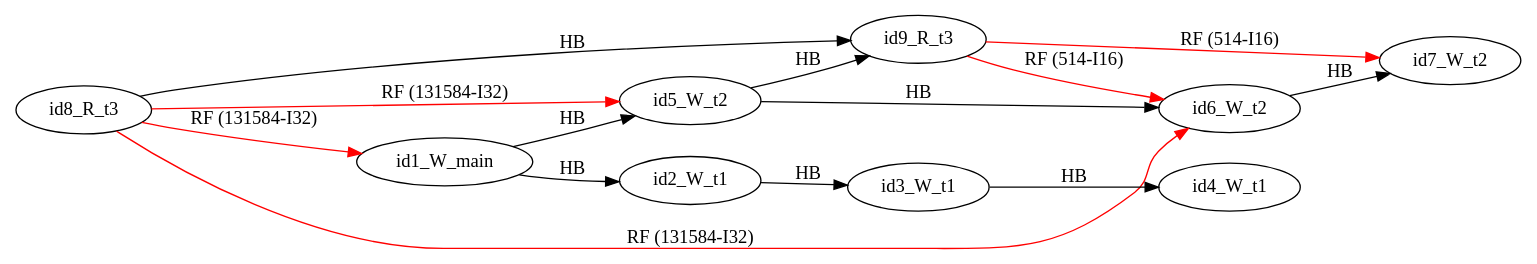
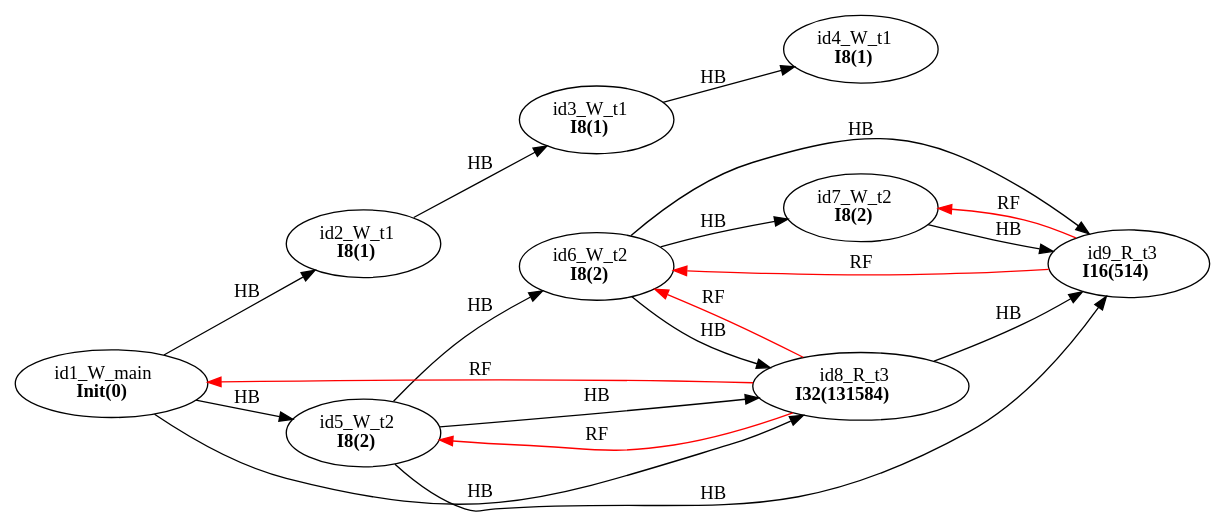
The diagram in examples/single_var/sv_simple19/mm49.dot (FMJS/EMME), drawn with Graphviz before and after one commit. The commit also changed 242 other files, not shown here.

```diff
--- a/examples/single_var/sv_simple19/mm49.dot
+++ b/examples/single_var/sv_simple19/mm49.dot
@@ -1,26 +1,31 @@
 digraph memory_model {
 rankdir=LR;
 splines=true; esep=0.5;
-id8_R_t3 -> id1_W_main [label = "RF (131584-I32)", color="red"];
-id8_R_t3 -> id5_W_t2 [label = "RF (131584-I32)", color="red"];
-id8_R_t3 -> id6_W_t2 [label = "RF (131584-I32)", color="red"];
-id9_R_t3 -> id6_W_t2 [label = "RF (514-I16)", color="red"];
-id9_R_t3 -> id7_W_t2 [label = "RF (514-I16)", color="red"];
 id2_W_t1 -> id3_W_t1 [label = "HB", color="black"];
 id3_W_t1 -> id4_W_t1 [label = "HB", color="black"];
 id5_W_t2 -> id6_W_t2 [label = "HB", color="black"];
 id6_W_t2 -> id7_W_t2 [label = "HB", color="black"];
 id8_R_t3 -> id9_R_t3 [label = "HB", color="black"];
 id1_W_main -> id2_W_t1 [label = "HB", color="black"];
 id1_W_main -> id5_W_t2 [label = "HB", color="black"];
+id1_W_main -> id8_R_t3 [label = "HB", color="black"];
+id5_W_t2 -> id8_R_t3 [label = "HB", color="black"];
 id5_W_t2 -> id9_R_t3 [label = "HB", color="black"];
-id1_W_main [pos="5.0,6!"]
-id2_W_t1 [pos="0,4!"]
-id3_W_t1 [pos="0,2!"]
-id4_W_t1 [pos="0,0!"]
-id5_W_t2 [pos="5,4!"]
-id6_W_t2 [pos="5,2!"]
-id7_W_t2 [pos="5,0!"]
-id8_R_t3 [pos="10,4!"]
-id9_R_t3 [pos="10,2!"]
+id6_W_t2 -> id8_R_t3 [label = "HB", color="black"];
+id6_W_t2 -> id9_R_t3 [label = "HB", color="black"];
+id7_W_t2 -> id9_R_t3 [label = "HB", color="black"];
+id8_R_t3 -> id1_W_main [label = "RF", color="red"];
+id8_R_t3 -> id5_W_t2 [label = "RF", color="red"];
+id8_R_t3 -> id6_W_t2 [label = "RF", color="red"];
+id9_R_t3 -> id6_W_t2 [label = "RF", color="red"];
+id9_R_t3 -> id7_W_t2 [label = "RF", color="red"];
+id1_W_main [label=<id1_W_main<br/><B>Init(0)</B>>, pos="5.0,6!"]
+id2_W_t1 [label=<id2_W_t1<br/><B>I8(1)</B>>, pos="0,4!"]
+id3_W_t1 [label=<id3_W_t1<br/><B>I8(1)</B>>, pos="0,2!"]
+id4_W_t1 [label=<id4_W_t1<br/><B>I8(1)</B>>, pos="0,0!"]
+id5_W_t2 [label=<id5_W_t2<br/><B>I8(2)</B>>, pos="5,4!"]
+id6_W_t2 [label=<id6_W_t2<br/><B>I8(2)</B>>, pos="5,2!"]
+id7_W_t2 [label=<id7_W_t2<br/><B>I8(2)</B>>, pos="5,0!"]
+id8_R_t3 [label=<id8_R_t3<br/><B>I32(131584)</B>>, pos="10,4!"]
+id9_R_t3 [label=<id9_R_t3<br/><B>I16(514)</B>>, pos="10,2!"]
 }
```
